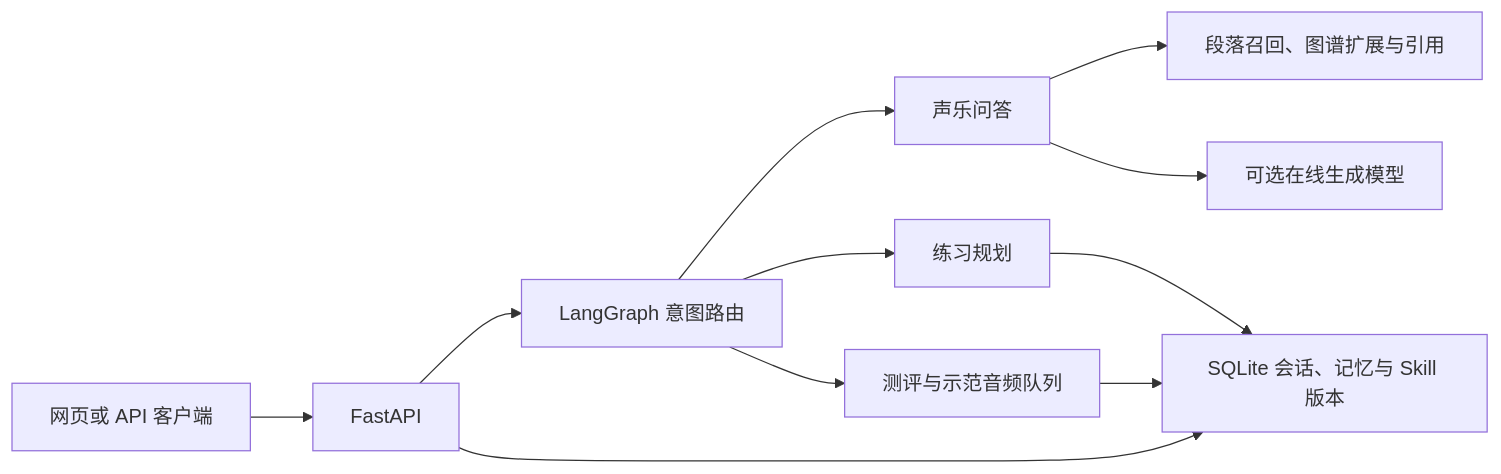
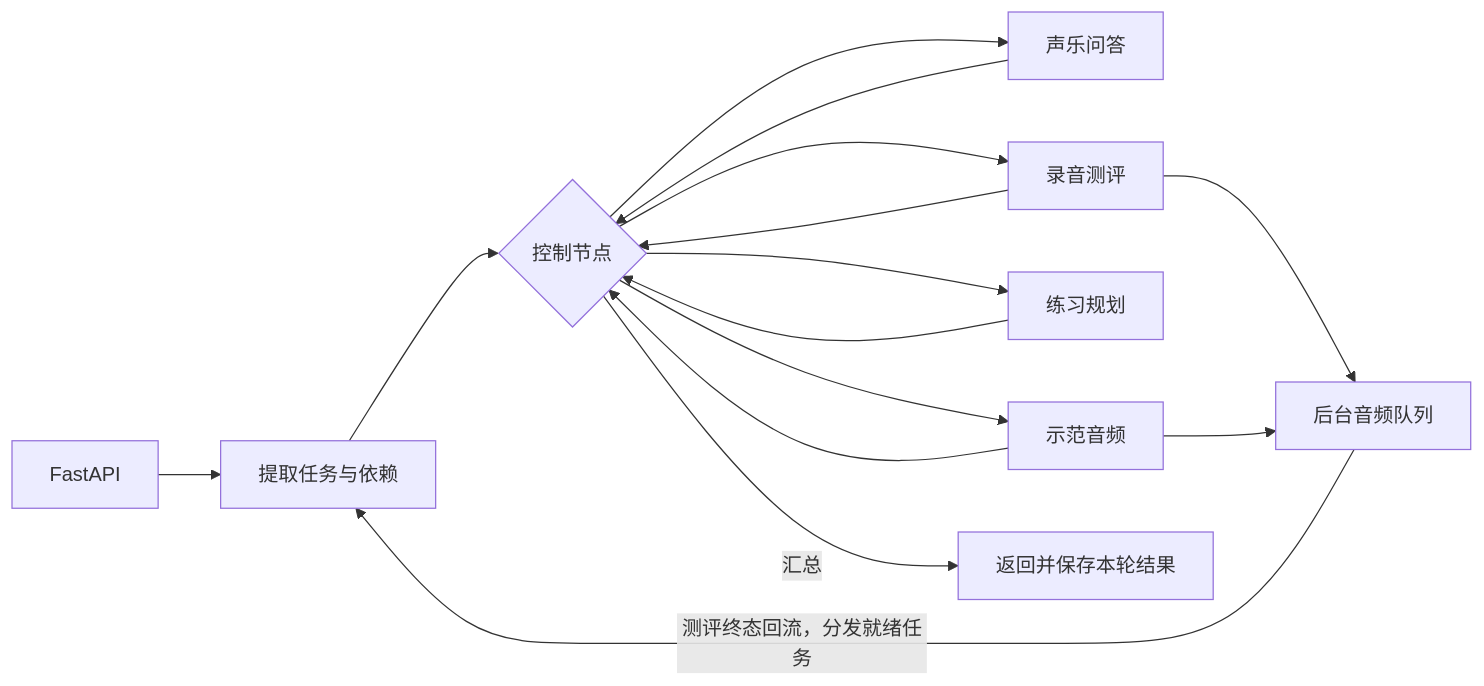
One commit to Chancesrobinia/DeepVocal changed the diagram in README.md. Above: the diagram before and after it, drawn with Mermaid. The commit also changed other lines of this file and 52 other files, not shown here.

Commit message:
Add DeepVocal agent workflows, graph retrieval, and local singing conversion

````diff
--- a/README.md
+++ b/README.md
@@ -15,13 +15,17 @@
 ```mermaid
 flowchart LR
-    UI[网页或 API 客户端] --> API[FastAPI]
-    API --> ROUTE[LangGraph 意图路由]
-    ROUTE --> QA[声乐问答]
-    ROUTE --> PLAN[练习规划]
-    ROUTE --> JOBS[测评与示范音频队列]
-    QA --> RAG[段落召回、图谱扩展与引用]
-    QA --> MODEL[可选在线生成模型]
-    PLAN --> MEMORY[SQLite 会话、记忆与 Skill 版本]
-    JOBS --> MEMORY
-    API --> MEMORY
+    API[FastAPI] --> EXTRACT[提取任务与依赖]
+    EXTRACT --> CONTROL{控制节点}
+    CONTROL --> QA[声乐问答]
+    CONTROL --> ASSESS[录音测评]
+    CONTROL --> PLAN[练习规划]
+    CONTROL --> SING[示范音频]
+    QA --> CONTROL
+    ASSESS --> CONTROL
+    PLAN --> CONTROL
+    SING --> CONTROL
+    ASSESS --> WORKERS[后台音频队列]
+    SING --> WORKERS
+    WORKERS -->|测评终态回流，分发就绪任务| EXTRACT
+    CONTROL -->|汇总| OUTPUT[返回并保存本轮结果]
 ```
````
